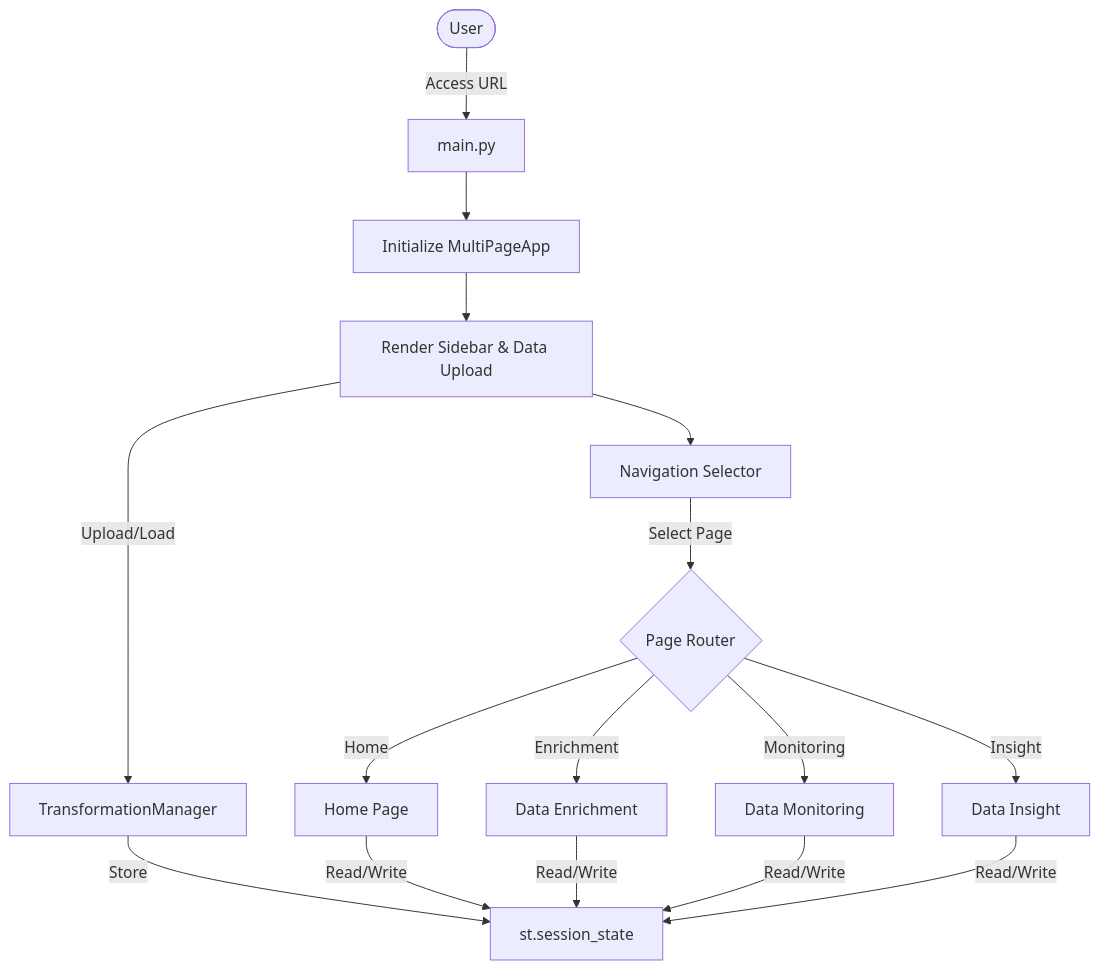
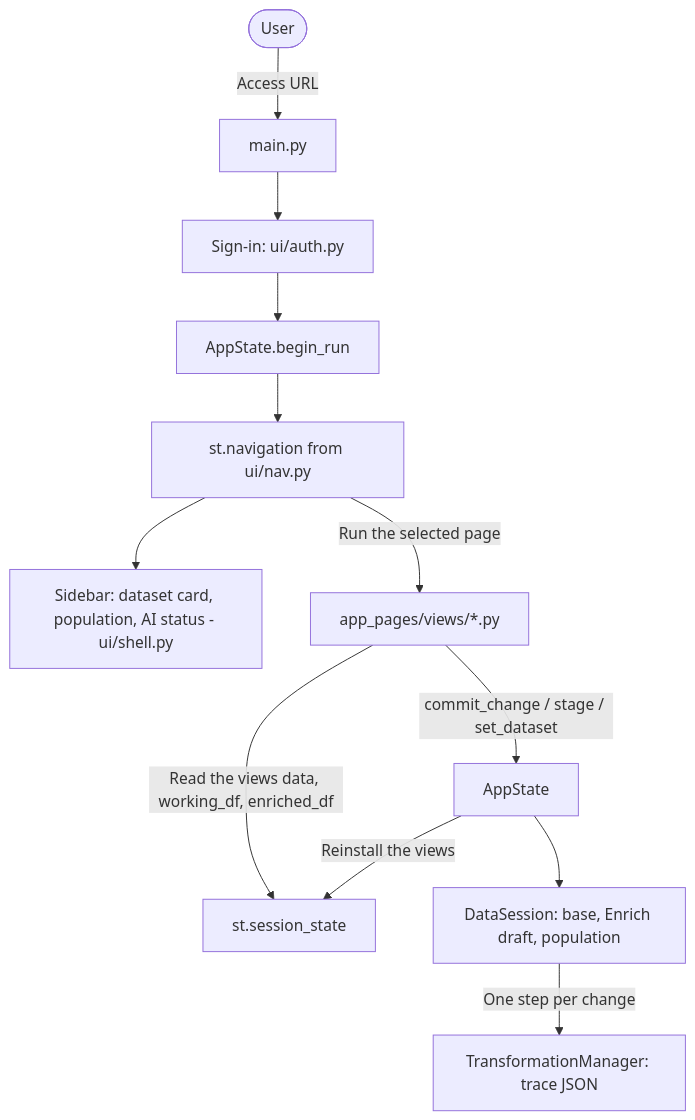
The first of 2 diagrams in documentation/developer/Process_Flow.md (KarimELMERNISSI/Cohort-Studio), drawn with Mermaid before and after one commit. The commit also changed other lines of this file and 28 other files, not shown here.

````diff
--- a/documentation/developer/Process_Flow.md
+++ b/documentation/developer/Process_Flow.md
@@ -9,17 +11,15 @@
 ```mermaid
 graph TD
     User([User]) -->|Access URL| Main[main.py]
-    Main --> Init[Initialize MultiPageApp]
-    Init --> Sidebar[Render Sidebar & Data Upload]
-    Sidebar -->|Upload/Load| DataMgr[TransformationManager]
-    DataMgr -->|Store| Session[st.session_state]
-    Sidebar --> Nav[Navigation Selector]
-    Nav -->|Select Page| Router{Page Router}
-    
-    Router -->|Home| P1[Home Page]
-    Router -->|Enrichment| P2[Data Enrichment]
-    Router -->|Monitoring| P3[Data Monitoring]
-    Router -->|Insight| P4[Data Insight]
-    
-    P1 & P2 & P3 & P4 -->|Read/Write| Session
+    Main --> Auth[Sign-in: ui/auth.py]
+    Auth --> Run[AppState.begin_run]
+    Run --> Nav[st.navigation from ui/nav.py]
+    Nav --> Shell[Sidebar: dataset card, population, AI status - ui/shell.py]
+    Nav -->|Run the selected page| Pages[app_pages/views/*.py]
+
+    Pages -->|Read the views data, working_df, enriched_df| Views[st.session_state]
+    Pages -->|commit_change / stage / set_dataset| State[AppState]
+    State --> Session[DataSession: base, Enrich draft, population]
+    Session -->|One step per change| TM[TransformationManager: trace JSON]
+    State -->|Reinstall the views| Views
 ```
````
